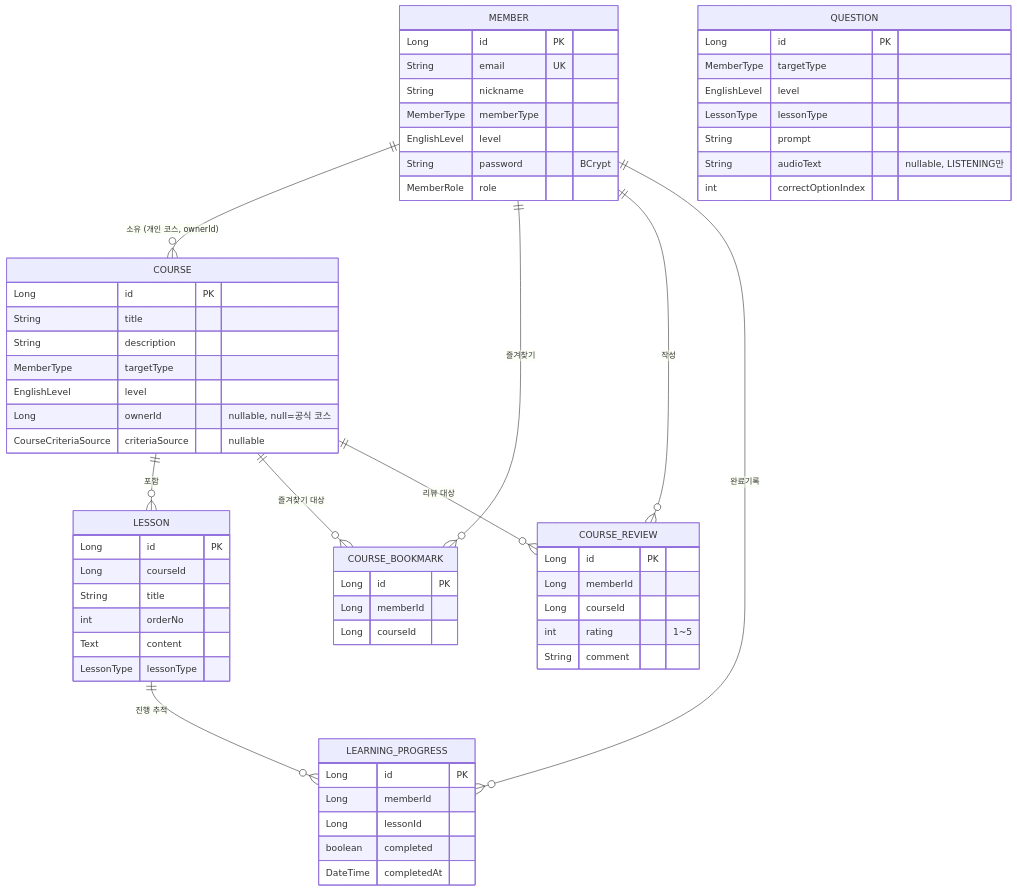
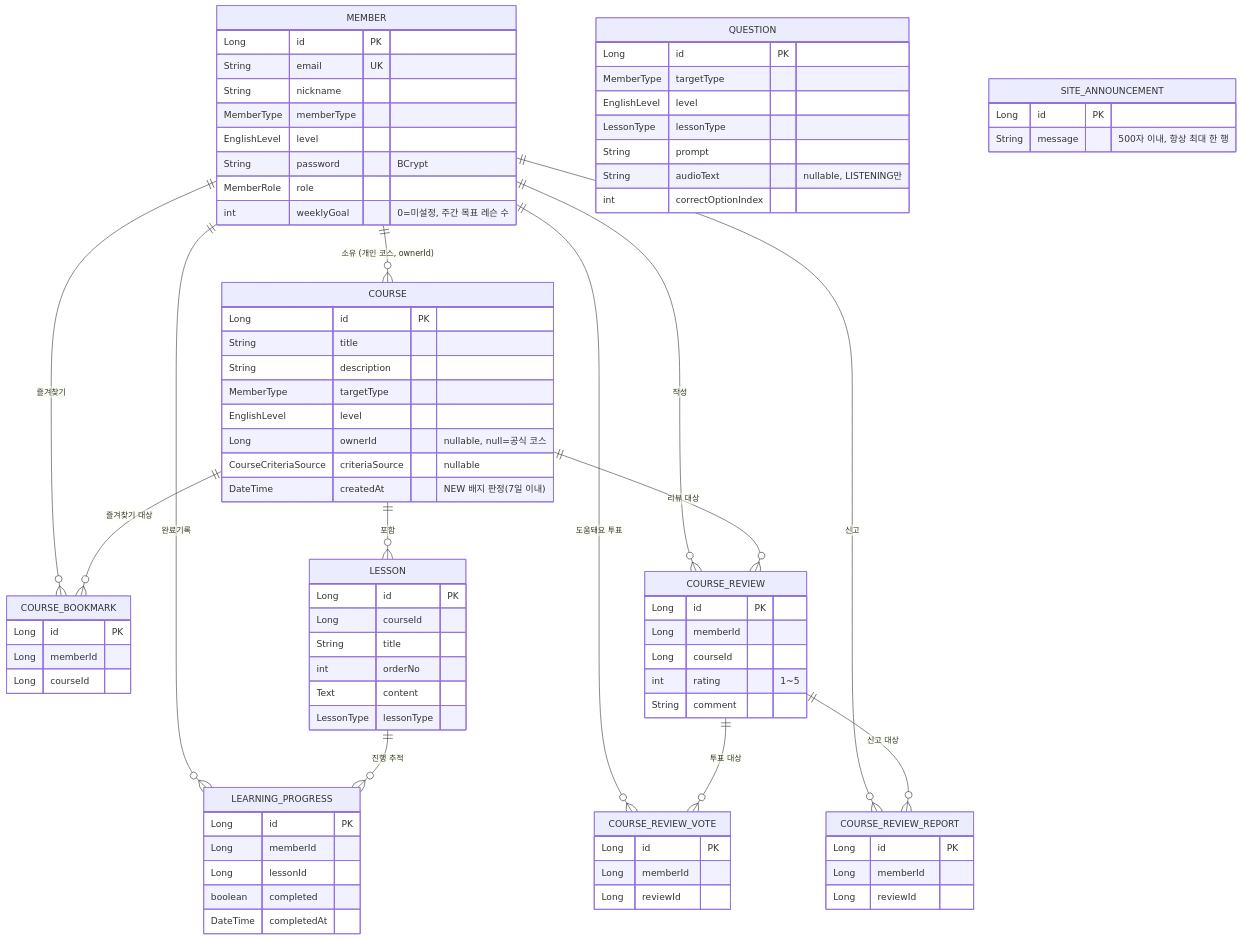
One commit to luminFrost/eduplatform changed the second of 3 diagrams in docs/DESIGN.md. Above: the diagram before and after it, drawn with Mermaid. The commit also changed other lines of this file and 9 other files, not shown here.

````diff
--- a/docs/DESIGN.md
+++ b/docs/DESIGN.md
@@ -101,10 +102,14 @@
     MEMBER ||--o{ COURSE : "소유 (개인 코스, ownerId)"
     MEMBER ||--o{ COURSE_BOOKMARK : 즐겨찾기
     MEMBER ||--o{ COURSE_REVIEW : 작성
+    MEMBER ||--o{ COURSE_REVIEW_VOTE : "도움돼요 투표"
+    MEMBER ||--o{ COURSE_REVIEW_REPORT : 신고
     MEMBER ||--o{ LEARNING_PROGRESS : 완료기록
     COURSE ||--o{ LESSON : 포함
     COURSE ||--o{ COURSE_BOOKMARK : "즐겨찾기 대상"
     COURSE ||--o{ COURSE_REVIEW : "리뷰 대상"
+    COURSE_REVIEW ||--o{ COURSE_REVIEW_VOTE : "투표 대상"
+    COURSE_REVIEW ||--o{ COURSE_REVIEW_REPORT : "신고 대상"
     LESSON ||--o{ LEARNING_PROGRESS : "진행 추적"
 
     MEMBER {
@@ -115,6 +120,7 @@
         EnglishLevel level
         String password "BCrypt"
         MemberRole role
+        int weeklyGoal "0=미설정, 주간 목표 레슨 수"
     }
     COURSE {
         Long id PK
@@ -124,6 +130,7 @@
         EnglishLevel level
         Long ownerId "nullable, null=공식 코스"
         CourseCriteriaSource criteriaSource "nullable"
+        DateTime createdAt "NEW 배지 판정(7일 이내)"
     }
     LESSON {
         Long id PK
@@ -152,6 +159,16 @@
         int rating "1~5"
         String comment
     }
+    COURSE_REVIEW_VOTE {
+        Long id PK
+        Long memberId
+        Long reviewId
+    }
+    COURSE_REVIEW_REPORT {
+        Long id PK
+        Long memberId
+        Long reviewId
+    }
     QUESTION {
         Long id PK
         MemberType targetType
@@ -161,4 +178,8 @@
         String audioText "nullable, LISTENING만"
         int correctOptionIndex
     }
+    SITE_ANNOUNCEMENT {
+        Long id PK
+        String message "500자 이내, 항상 최대 한 행"
+    }
 ```
````
